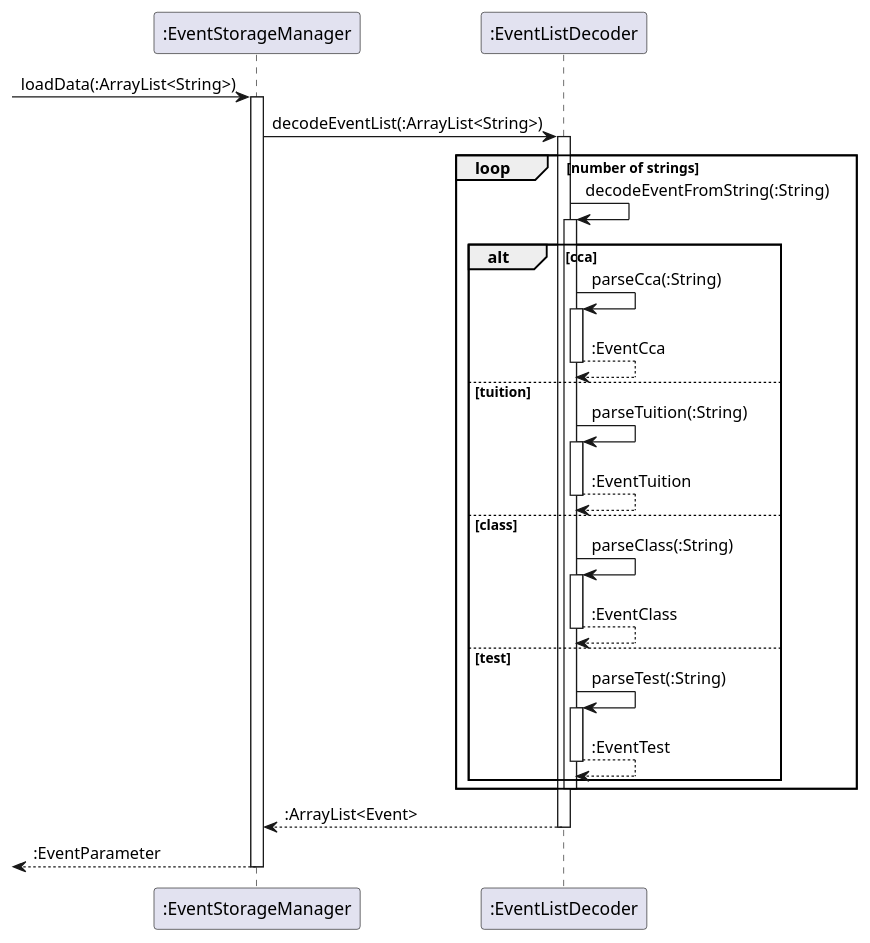
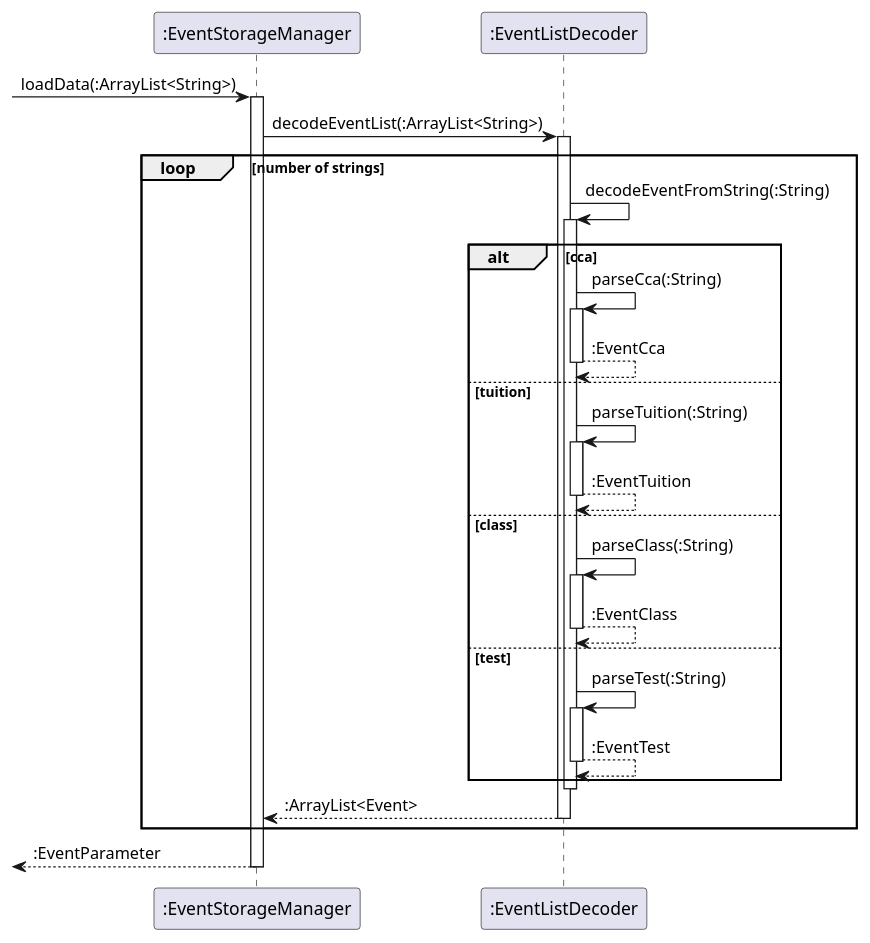
The diagram in docs/plantuml/EventStorageReadSequence.puml (untitle4/tp), drawn with PlantUML before and after one commit.

```diff
--- a/docs/plantuml/EventStorageReadSequence.puml
+++ b/docs/plantuml/EventStorageReadSequence.puml
@@ -1,40 +1,38 @@
 @startuml
 
 -> ":EventStorageManager" : loadData(:ArrayList<String>)
 activate ":EventStorageManager"
 ":EventStorageManager" -> ":EventListDecoder" : decodeEventList(:ArrayList<String>)
 activate ":EventListDecoder"
 
 loop number of strings
 ":EventListDecoder" -> ":EventListDecoder" : decodeEventFromString(:String)
 activate ":EventListDecoder"
 alt cca
 ":EventListDecoder" -> ":EventListDecoder" : parseCca(:String)
 activate ":EventListDecoder"
 ":EventListDecoder" --> ":EventListDecoder" : :EventCca
 deactivate ":EventListDecoder"
 else tuition
 ":EventListDecoder" -> ":EventListDecoder" : parseTuition(:String)
 activate ":EventListDecoder"
 ":EventListDecoder" --> ":EventListDecoder" : :EventTuition
 deactivate ":EventListDecoder"
 else class
 ":EventListDecoder" -> ":EventListDecoder" : parseClass(:String)
 activate ":EventListDecoder"
 ":EventListDecoder" --> ":EventListDecoder" : :EventClass
 deactivate ":EventListDecoder"
 else test
 ":EventListDecoder" -> ":EventListDecoder" : parseTest(:String)
 activate ":EventListDecoder"
 ":EventListDecoder" --> ":EventListDecoder" : :EventTest
 deactivate ":EventListDecoder"
 end alt
 deactivate ":EventListDecoder"
-end loop
-
-
 ":EventListDecoder" --> ":EventStorageManager" : :ArrayList<Event>
 deactivate ":EventListDecoder"
+end loop
 <-- ":EventStorageManager" : :EventParameter
 deactivate ":EventStorageManager"
 @enduml
```
